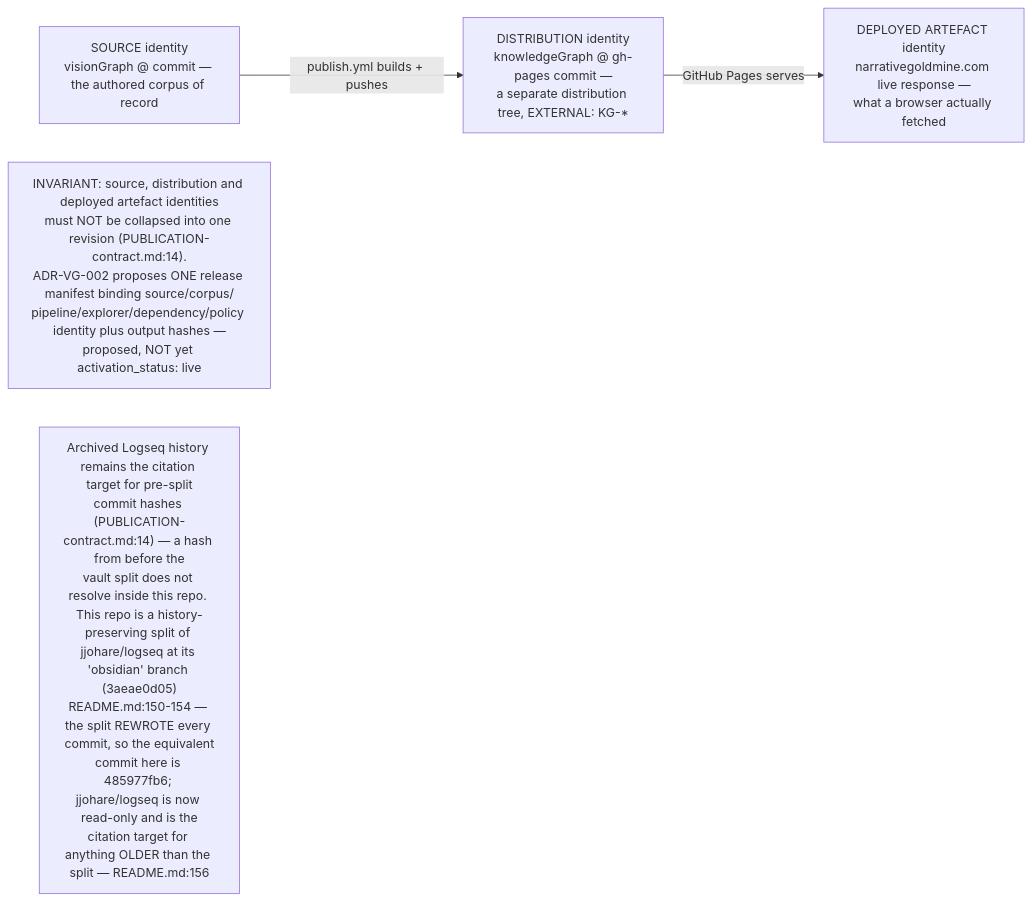
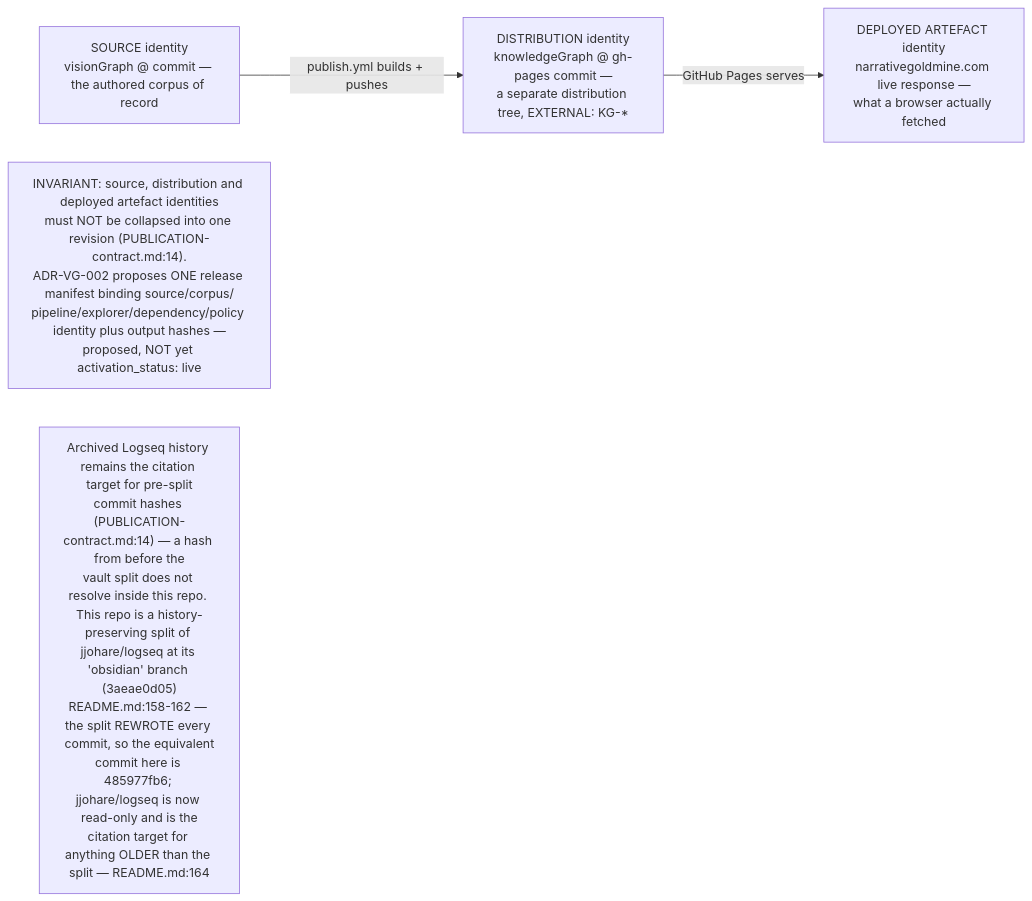
The second of 2 diagrams in docs/diagrams/visiongraph/04-downstream-contracts.md (DreamLab-AI/VisionFlow), drawn with Mermaid before and after one commit. The commit also changed other lines of this file and 160 other files, not shown here.

````diff
--- a/docs/diagrams/visiongraph/04-downstream-contracts.md
+++ b/docs/diagrams/visiongraph/04-downstream-contracts.md
@@ -47,10 +51,10 @@
 ```mermaid
 flowchart LR
     S["SOURCE identity<br/>visionGraph @ commit — the authored corpus of record"]
     D["DISTRIBUTION identity<br/>knowledgeGraph @ gh-pages commit —<br/>a separate distribution tree, EXTERNAL: KG-*"]
     A["DEPLOYED ARTEFACT identity<br/>narrativegoldmine.com live response —<br/>what a browser actually fetched"]
     S -->|"publish.yml builds + pushes"| D
     D -->|"GitHub Pages serves"| A
     note1["INVARIANT: source, distribution and deployed artefact identities<br/>must NOT be collapsed into one revision #40;PUBLICATION-contract.md:14#41;.<br/>ADR-VG-002 proposes ONE release manifest binding source/corpus/<br/>pipeline/explorer/dependency/policy identity plus output hashes —<br/>proposed, NOT yet activation_status: live"]
-    note2["Archived Logseq history remains the citation target for pre-split<br/>commit hashes #40;PUBLICATION-contract.md:14#41; — a hash from before the<br/>vault split does not resolve inside this repo. This repo is a history-<br/>preserving split of jjohare/logseq at its 'obsidian' branch #40;3aeae0d05#41;<br/>README.md:150-154 — the split REWROTE every commit, so the equivalent<br/>commit here is 485977fb6; jjohare/logseq is now read-only and is the<br/>citation target for anything OLDER than the split — README.md:156"]
+    note2["Archived Logseq history remains the citation target for pre-split<br/>commit hashes #40;PUBLICATION-contract.md:14#41; — a hash from before the<br/>vault split does not resolve inside this repo. This repo is a history-<br/>preserving split of jjohare/logseq at its 'obsidian' branch #40;3aeae0d05#41;<br/>README.md:158-162 — the split REWROTE every commit, so the equivalent<br/>commit here is 485977fb6; jjohare/logseq is now read-only and is the<br/>citation target for anything OLDER than the split — README.md:164"]
 ```
````
